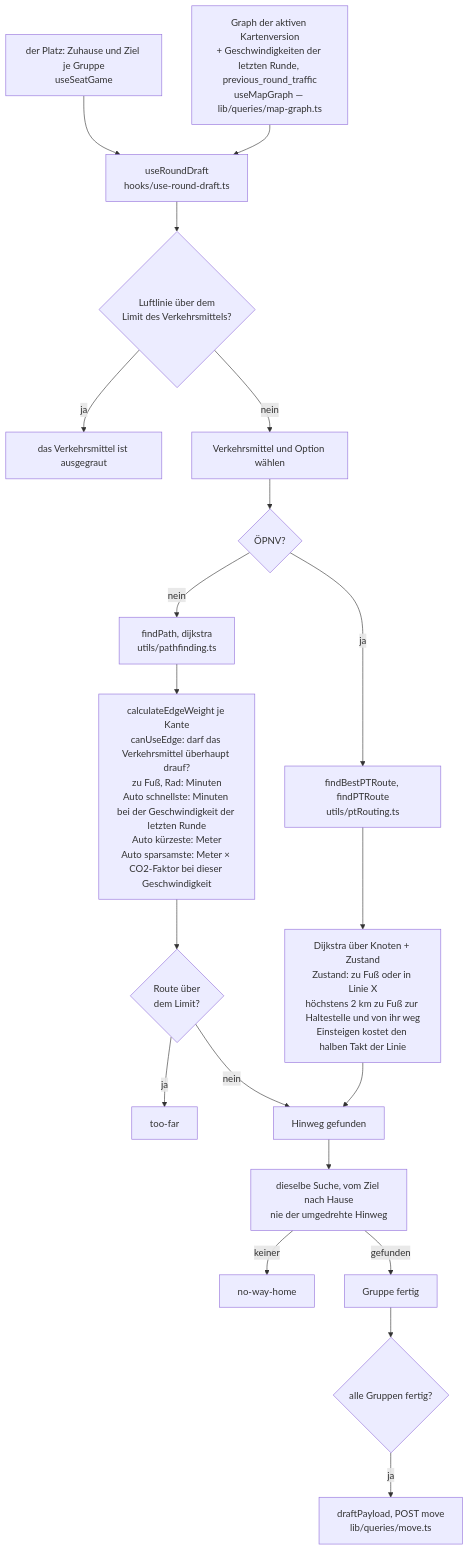
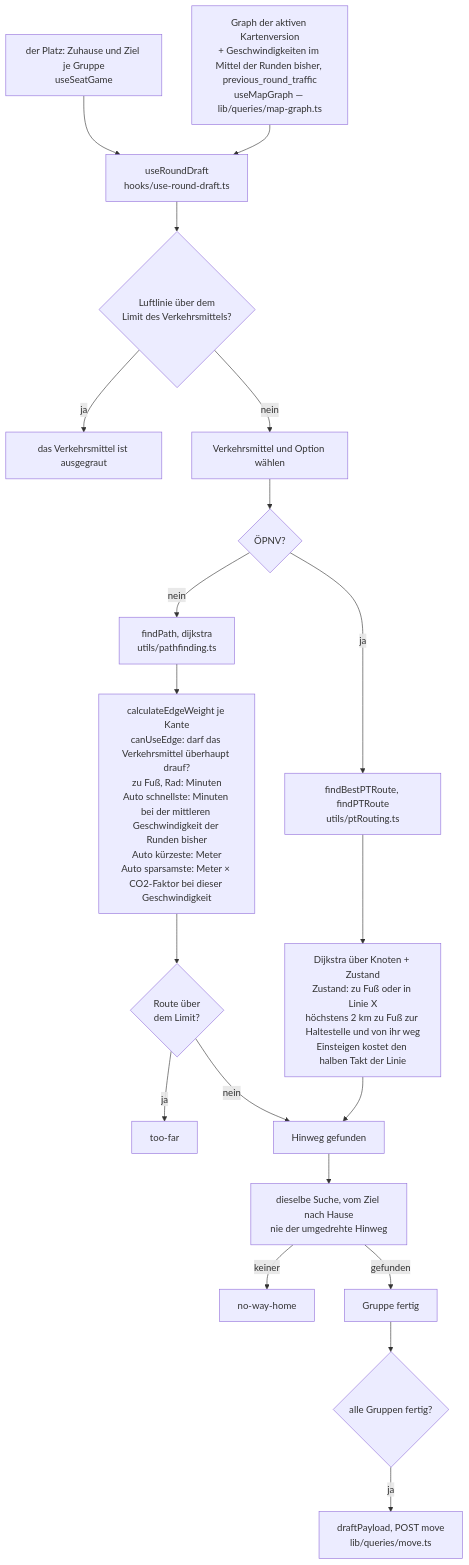
One commit to luke-hirsch/co2mmute changed the sixth of 12 diagrams in docs/de-flowcharts.md. Above: the diagram before and after it, drawn with Mermaid. The commit also changed other lines of this file and 21 other files, not shown here.

First line of the commit message:
routen im mittel: schnellste und die karte rechnen mit dem mittel der runden bisher statt mit der letzten allein

````diff
--- a/docs/de-flowcharts.md
+++ b/docs/de-flowcharts.md
@@ -220,25 +220,25 @@
 ```mermaid
 flowchart TD
     seat["der Platz: Zuhause und Ziel je Gruppe<br>useSeatGame"] --> draft
-    mapgraph["Graph der aktiven Kartenversion<br>+ Geschwindigkeiten der letzten Runde, previous_round_traffic<br>useMapGraph — lib/queries/map-graph.ts"] --> draft
+    mapgraph["Graph der aktiven Kartenversion<br>+ Geschwindigkeiten im Mittel der Runden bisher, previous_round_traffic<br>useMapGraph — lib/queries/map-graph.ts"] --> draft
     draft["useRoundDraft<br>hooks/use-round-draft.ts"] --> air{"Luftlinie über dem<br>Limit des Verkehrsmittels?"}
     air -->|"ja"| greyed["das Verkehrsmittel ist ausgegraut"]
     air -->|"nein"| pick["Verkehrsmittel und Option wählen"]
     pick --> isPt{"ÖPNV?"}
 
     isPt -->|"nein"| dijkstra["findPath, dijkstra<br>utils/pathfinding.ts"]
-    dijkstra --> weight["calculateEdgeWeight je Kante<br>canUseEdge: darf das Verkehrsmittel überhaupt drauf?<br>zu Fuß, Rad: Minuten<br>Auto schnellste: Minuten bei der Geschwindigkeit der letzten Runde<br>Auto kürzeste: Meter<br>Auto sparsamste: Meter × CO2-Faktor bei dieser Geschwindigkeit"]
+    dijkstra --> weight["calculateEdgeWeight je Kante<br>canUseEdge: darf das Verkehrsmittel überhaupt drauf?<br>zu Fuß, Rad: Minuten<br>Auto schnellste: Minuten bei der mittleren Geschwindigkeit der Runden bisher<br>Auto kürzeste: Meter<br>Auto sparsamste: Meter × CO2-Faktor bei dieser Geschwindigkeit"]
     weight --> limit{"Route über<br>dem Limit?"}
     limit -->|"ja"| tooFar["too-far"]
     limit -->|"nein"| there
 
     isPt -->|"ja"| ptr["findBestPTRoute, findPTRoute<br>utils/ptRouting.ts"]
     ptr --> product["Dijkstra über Knoten + Zustand<br>Zustand: zu Fuß oder in Linie X<br>höchstens 2 km zu Fuß zur Haltestelle und von ihr weg<br>Einsteigen kostet den halben Takt der Linie"]
     product --> there
 
     there["Hinweg gefunden"] --> back["dieselbe Suche, vom Ziel nach Hause<br>nie der umgedrehte Hinweg"]
     back -->|"keiner"| noHome["no-way-home"]
     back -->|"gefunden"| ready["Gruppe fertig"]
     ready --> everyone{"alle Gruppen fertig?"}
     everyone -->|"ja"| submit["draftPayload, POST move<br>lib/queries/move.ts"]
 ```
````
